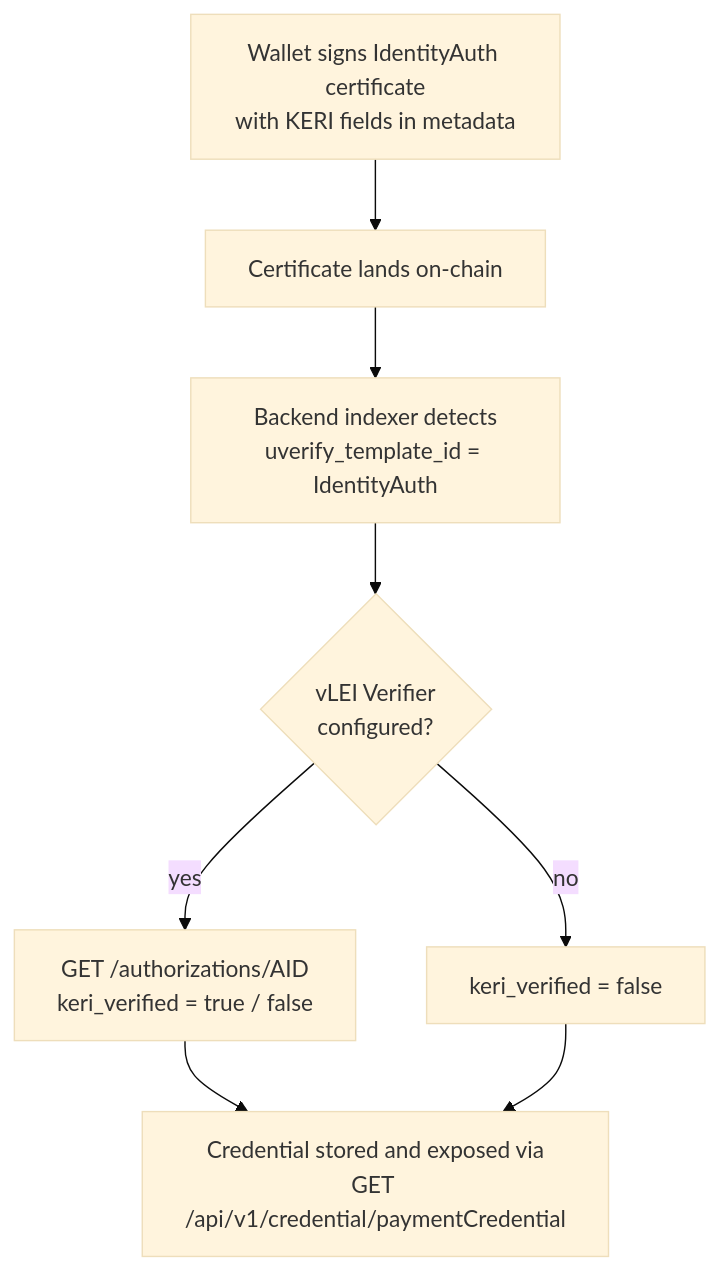
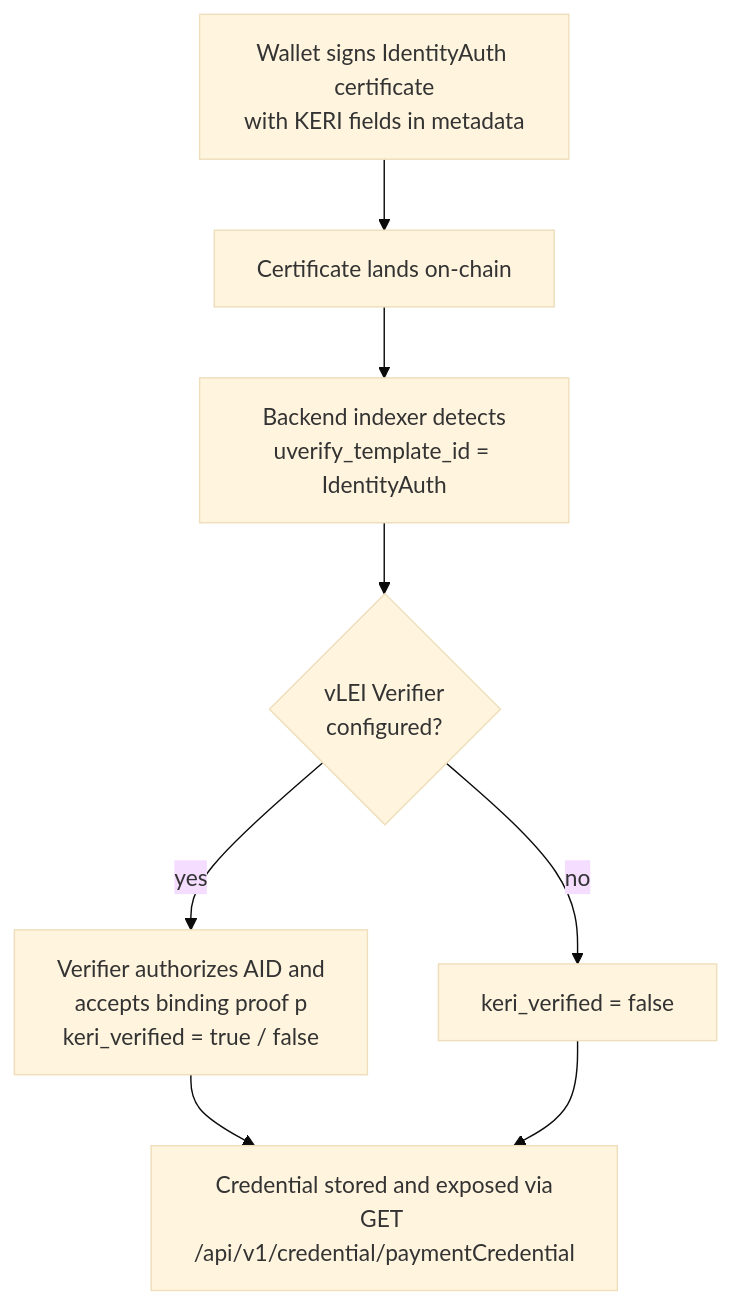
One commit to UVerify-io/uverify-docs changed the diagram in pages/identity.mdx. Above: the diagram before and after it, drawn with Mermaid (base theme). The commit also changed other lines of this file and 2 other files, not shown here.

````diff
--- a/pages/identity.mdx
+++ b/pages/identity.mdx
@@ -21,10 +21,10 @@
 ```mermaid
 flowchart TD
     A[Wallet signs IdentityAuth certificate<br/>with KERI fields in metadata] --> B[Certificate lands on-chain]
     B --> C[Backend indexer detects<br/>uverify_template_id = IdentityAuth]
     C --> D{vLEI Verifier<br/>configured?}
-    D -- yes --> E[GET /authorizations/AID<br/>keri_verified = true / false]
+    D -- yes --> E[Verifier authorizes AID and<br/>accepts binding proof p<br/>keri_verified = true / false]
     D -- no --> F[keri_verified = false]
     E --> G[Credential stored and exposed via<br/>GET /api/v1/credential/paymentCredential]
     F --> G
 ```
````
